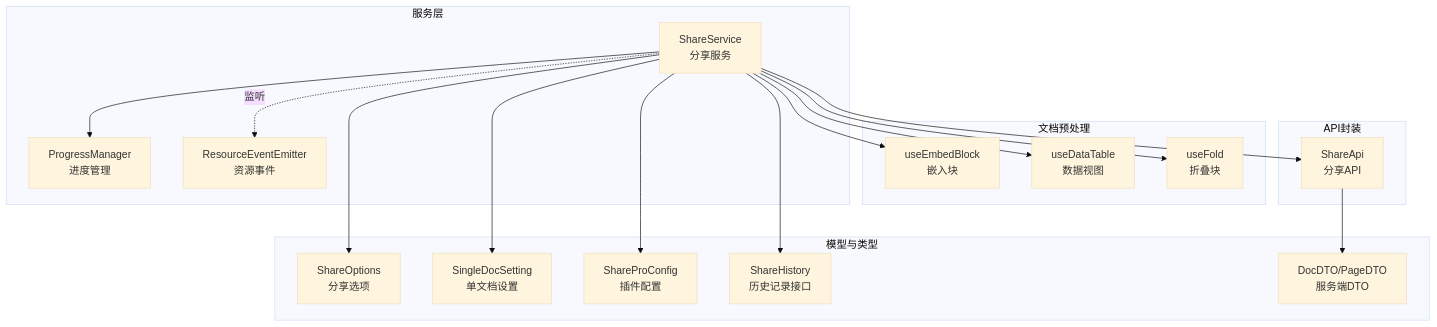
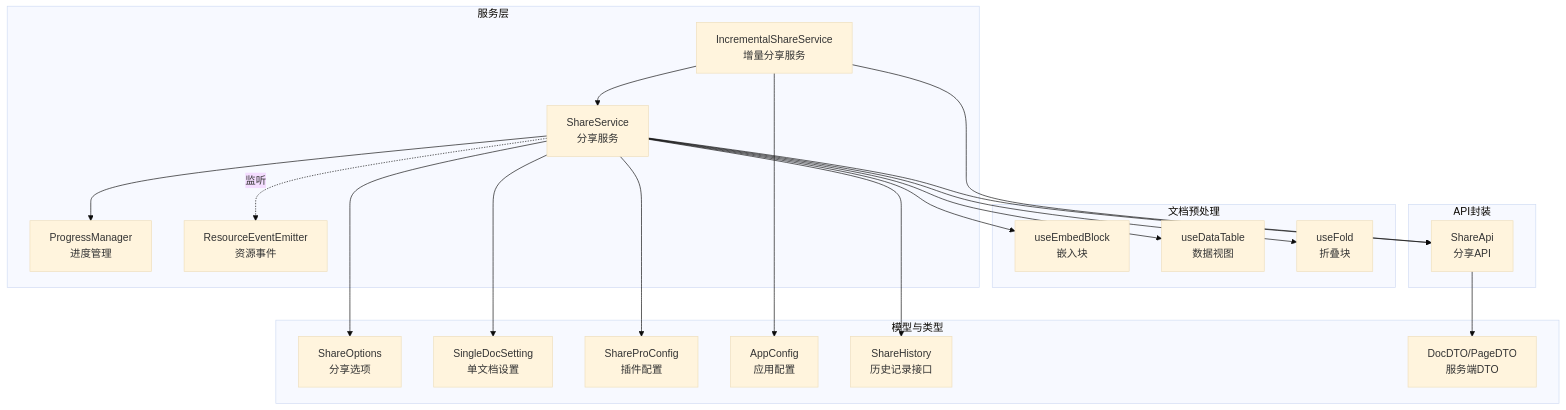
One commit to terwerinc/siyuan-plugin-share-pro changed the first of 3 diagrams in .qoder/repowiki/zh/content/架构设计/服务层架构/分享服务 (ShareService).md. Above: the diagram before and after it, drawn with Mermaid (base theme). The commit also changed other lines of this file and 12 other files, not shown here.

````diff
--- a/.qoder/repowiki/zh/content/架构设计/服务层架构/分享服务 (ShareService).md
+++ b/.qoder/repowiki/zh/content/架构设计/服务层架构/分享服务 (ShareService).md
@@ -53,34 +59,39 @@
 ```mermaid
 graph TB
 subgraph "服务层"
 SS["ShareService<br/>分享服务"]
+ISS["IncrementalShareService<br/>增量分享服务"]
 PM["ProgressManager<br/>进度管理"]
 RE["ResourceEventEmitter<br/>资源事件"]
 end
 subgraph "文档预处理"
 EB["useEmbedBlock<br/>嵌入块"]
 DT["useDataTable<br/>数据视图"]
 FD["useFold<br/>折叠块"]
 end
 subgraph "API封装"
 SA["ShareApi<br/>分享API"]
 end
 subgraph "模型与类型"
 SO["ShareOptions<br/>分享选项"]
 SDC["SingleDocSetting<br/>单文档设置"]
 SPC["ShareProConfig<br/>插件配置"]
+ASC["AppConfig<br/>应用配置"]
 SHI["ShareHistory<br/>历史记录接口"]
 SDTO["DocDTO/PageDTO<br/>服务端DTO"]
 end
 SS --> EB
 SS --> DT
 SS --> FD
 SS --> SA
 SS --> PM
 SS -.监听.-> RE
+ISS --> SS
+ISS --> SA
+ISS --> ASC
 SA --> SDTO
 SS --> SDC
 SS --> SO
 SS --> SPC
 SS --> SHI
 ```
````
